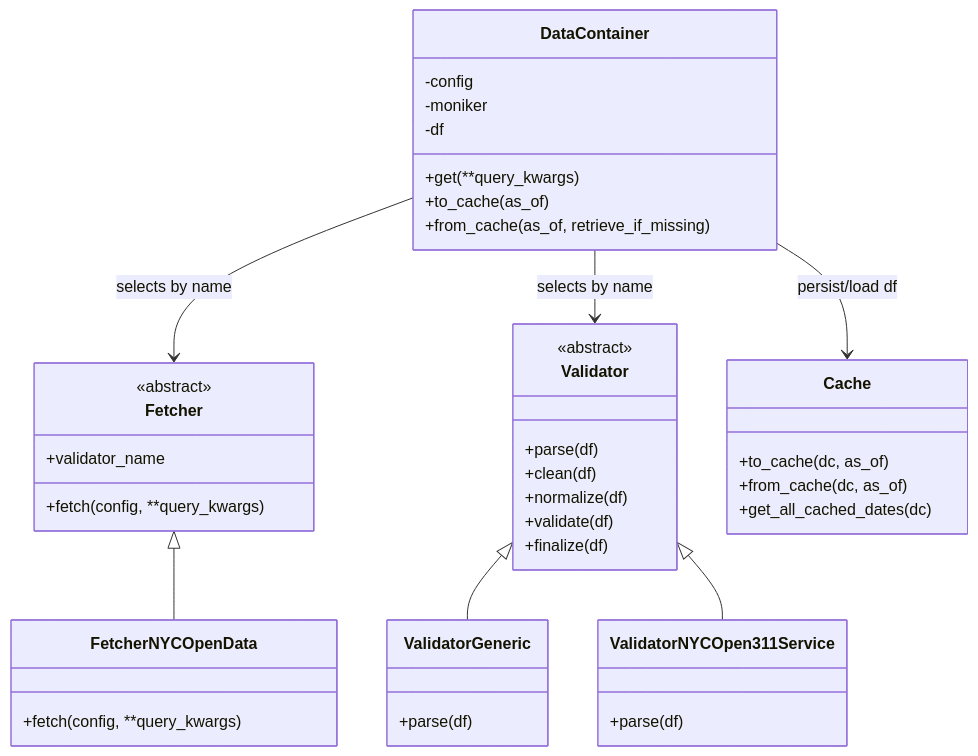
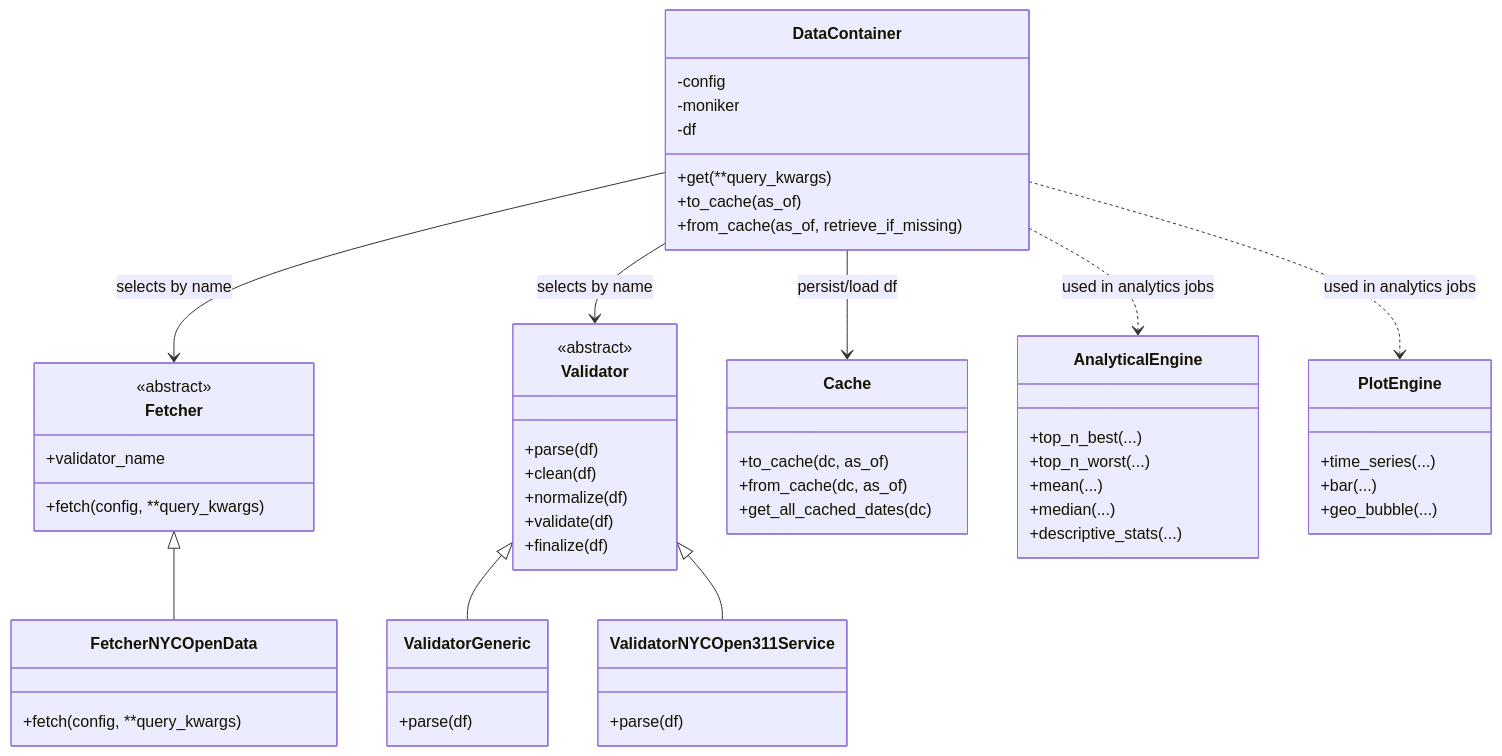
The diagram in README.md (a4shubert/hbc_tsy_enhanced), drawn with Mermaid before and after one commit. The commit also changed other lines of this file, not shown here.

Commit message:
added uml mermaid diagramms

````diff
--- a/README.md
+++ b/README.md
@@ -97,44 +100,58 @@
 ```mermaid
 classDiagram
     class DataContainer {
       -config
       -moniker
       -df
       +get(**query_kwargs)
       +to_cache(as_of)
       +from_cache(as_of, retrieve_if_missing)
     }
     class Fetcher {
       <<abstract>>
       +fetch(config, **query_kwargs)
       +validator_name
     }
     class FetcherNYCOpenData {
       +fetch(config, **query_kwargs)
     }
     class Validator {
       <<abstract>>
       +parse(df)
       +clean(df)
       +normalize(df)
       +validate(df)
       +finalize(df)
     }
     class ValidatorGeneric {
       +parse(df)
     }
     class ValidatorNYCOpen311Service {
       +parse(df)
     }
     class Cache {
       +to_cache(dc, as_of)
       +from_cache(dc, as_of)
       +get_all_cached_dates(dc)
     }
     DataContainer --> Fetcher : selects by name
     Fetcher <|-- FetcherNYCOpenData
     DataContainer --> Validator : selects by name
     Validator <|-- ValidatorGeneric
     Validator <|-- ValidatorNYCOpen311Service
     DataContainer --> Cache : persist/load df
+    class AnalyticalEngine {
+      +top_n_best(...)
+      +top_n_worst(...)
+      +mean(...)
+      +median(...)
+      +descriptive_stats(...)
+    }
+    class PlotEngine {
+      +time_series(...)
+      +bar(...)
+      +geo_bubble(...)
+    }
+    DataContainer ..> AnalyticalEngine : used in analytics jobs
+    DataContainer ..> PlotEngine : used in analytics jobs
 ```
````
